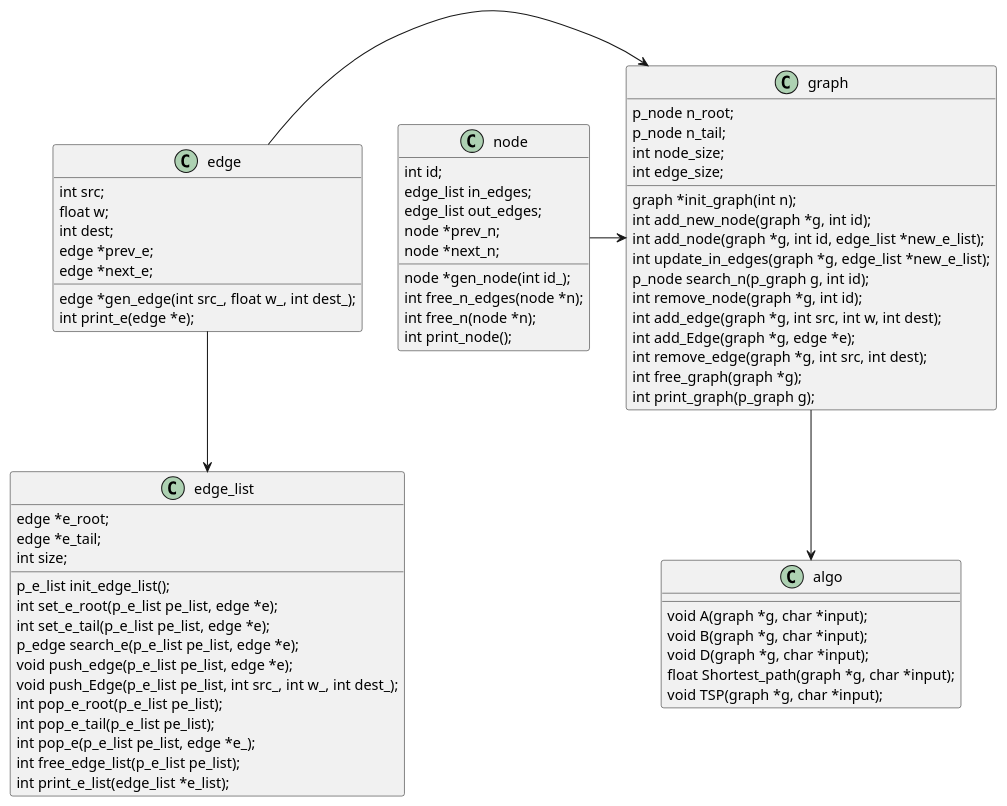
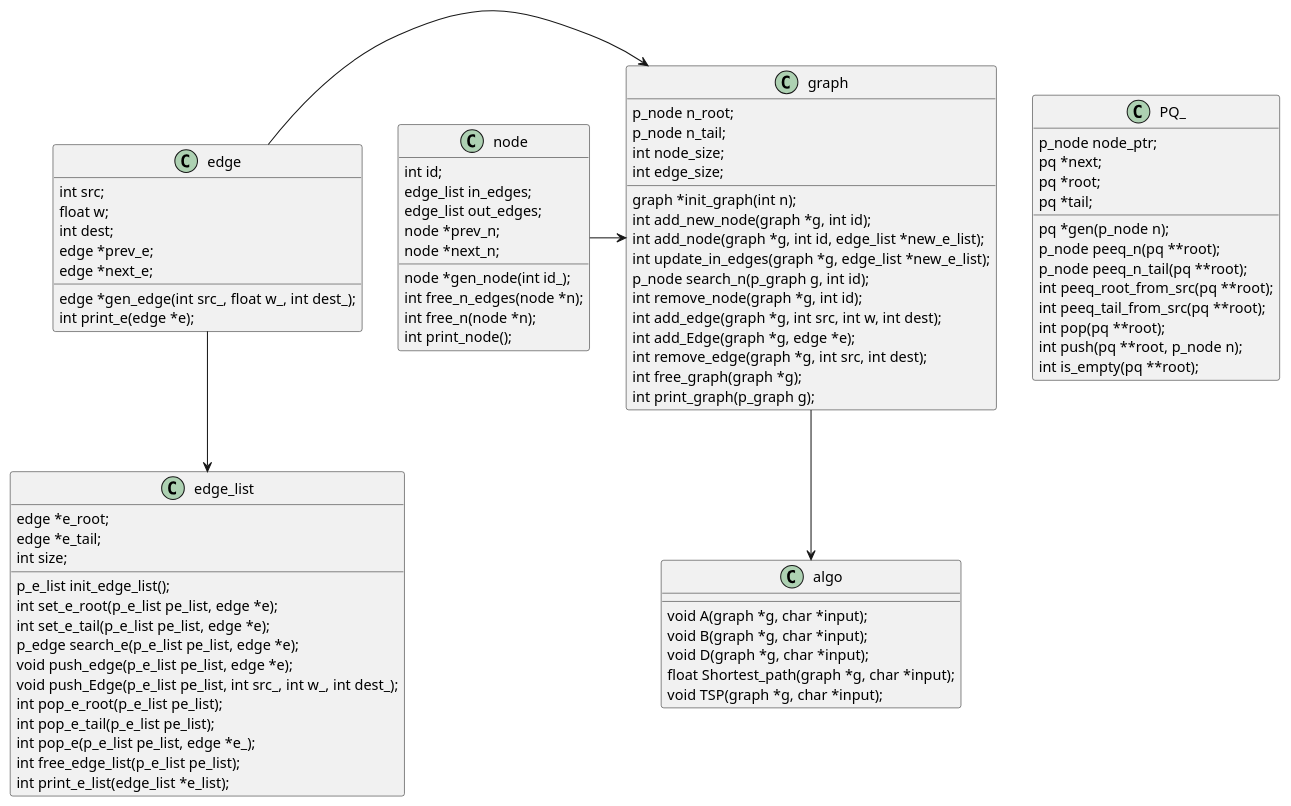
Before and after one commit to RF555/SofSys_Ex4: the diagram in Ex4_UML.puml, drawn with PlantUML. The commit also changed 4 other files, not shown here.

```diff
--- a/Ex4_UML.puml
+++ b/Ex4_UML.puml
@@ -1,93 +1,106 @@
 @startuml
 
 'graph -> edge_list
 'graph -> node_list
 'node_list --> node
 'edge_list --> edge
 'algo --> graph
 
 graph --> algo
 edge -> graph
 edge --> edge_list
 node -> graph
 
 
 class graph{
 p_node n_root;
 p_node n_tail;
 int node_size;
 int edge_size;
 graph *init_graph(int n);
 int add_new_node(graph *g, int id);
 int add_node(graph *g, int id, edge_list *new_e_list);
 int update_in_edges(graph *g, edge_list *new_e_list);
 p_node search_n(p_graph g, int id);
 int remove_node(graph *g, int id);
 int add_edge(graph *g, int src, int w, int dest);
 int add_Edge(graph *g, edge *e);
 int remove_edge(graph *g, int src, int dest);
 int free_graph(graph *g);
 int print_graph(p_graph g);
 }
 
 class edge{
 int src;
 float w;
 int dest;
 edge *prev_e;
 edge *next_e;
 edge *gen_edge(int src_, float w_, int dest_);
 int print_e(edge *e);
 }
 
 class node{
 int id;
 edge_list in_edges;
 edge_list out_edges;
 node *prev_n;
 node *next_n;
 node *gen_node(int id_);
 int free_n_edges(node *n);
 int free_n(node *n);
 int print_node();
 }
 
 class algo{
 void A(graph *g, char *input);
 void B(graph *g, char *input);
 void D(graph *g, char *input);
 float Shortest_path(graph *g, char *input);
 void TSP(graph *g, char *input);
 }
 
 class edge_list{
 edge *e_root;
 edge *e_tail;
 int size;
 p_e_list init_edge_list();
 int set_e_root(p_e_list pe_list, edge *e);
 int set_e_tail(p_e_list pe_list, edge *e);
 p_edge search_e(p_e_list pe_list, edge *e);
 void push_edge(p_e_list pe_list, edge *e);
 void push_Edge(p_e_list pe_list, int src_, int w_, int dest_);
 int pop_e_root(p_e_list pe_list);
 int pop_e_tail(p_e_list pe_list);
 int pop_e(p_e_list pe_list, edge *e_);
 int free_edge_list(p_e_list pe_list);
 int print_e_list(edge_list *e_list);
 }
 
-
+class PQ_{
+p_node node_ptr;
+pq *next;
+pq *root;
+pq *tail;
+pq *gen(p_node n);
+p_node peeq_n(pq **root);
+p_node peeq_n_tail(pq **root);
+int peeq_root_from_src(pq **root);
+int peeq_tail_from_src(pq **root);
+int pop(pq **root);
+int push(pq **root, p_node n);
+int is_empty(pq **root);
+}
 'class ?node_list?{
 'node *n_root;
 'node *n_tail;
 'int size;
 'int init_node_list(node_list *n_list);
 'int set_n_root(node *n);
 'int set_n_tail(node *n);
 'int add_node(node_list *n_list, int id_);
 'int remove_node(node_list *n_list, int id_);
 'int free_node_list(node_list *n_list);
 '}
 
 @enduml
```
